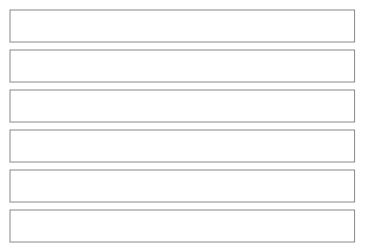
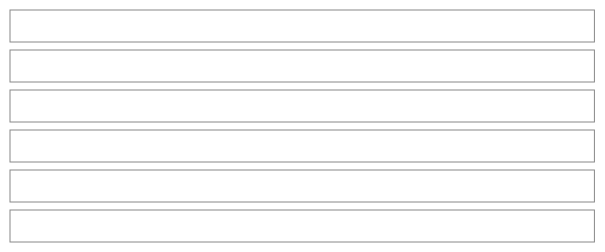
Diagram 18 of 57 in src/apps/pinch/UX.md (NovaMoonX/moondreams-dev-apps), drawn with Mermaid before and after one commit. The commit also changed other lines of this file and 123 other files, not shown here.

````diff
--- a/src/apps/pinch/UX.md
+++ b/src/apps/pinch/UX.md
@@ -564,17 +606,17 @@
 ```mermaid
 %%{init: {'theme': 'base', 'themeVariables': {'primaryColor': 'transparent', 'primaryBorderColor': '#888888', 'primaryTextColor': '#333333', 'lineColor': '#888888'}}}%%
 block-beta
   columns 1
   S1["‹ New recipe"]
   S2["📝 From text · Paste a recipe, say from a chat"]
   S3["📎 From a file · A photo, screenshot or PDF"]
   S4["🔗 From a link · A recipe page on the web"]
   S5["✍️ Write it yourself · Start with a blank recipe"]
-  S6["Not now? Keep it as an idea  (an underlined link)"]
+  S6["💡 Keep it as an idea · Save a link, a photo or a few words for later  (dashed, quiet)"]
   style S1 fill:transparent,stroke:#888888,stroke-width:1px;
   style S2 fill:transparent,stroke:#888888,stroke-width:1px;
   style S3 fill:transparent,stroke:#888888,stroke-width:1px;
   style S4 fill:transparent,stroke:#888888,stroke-width:1px;
   style S5 fill:transparent,stroke:#888888,stroke-width:1px;
   style S6 fill:transparent,stroke:#888888,stroke-width:1px;
 ```
````
